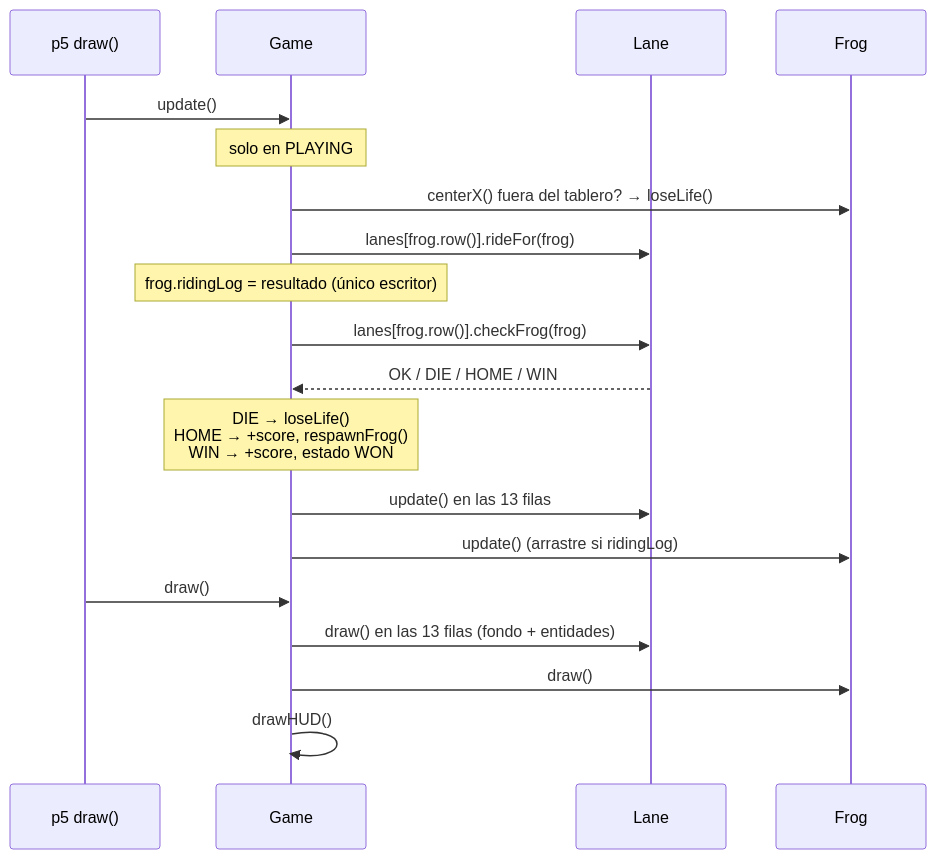
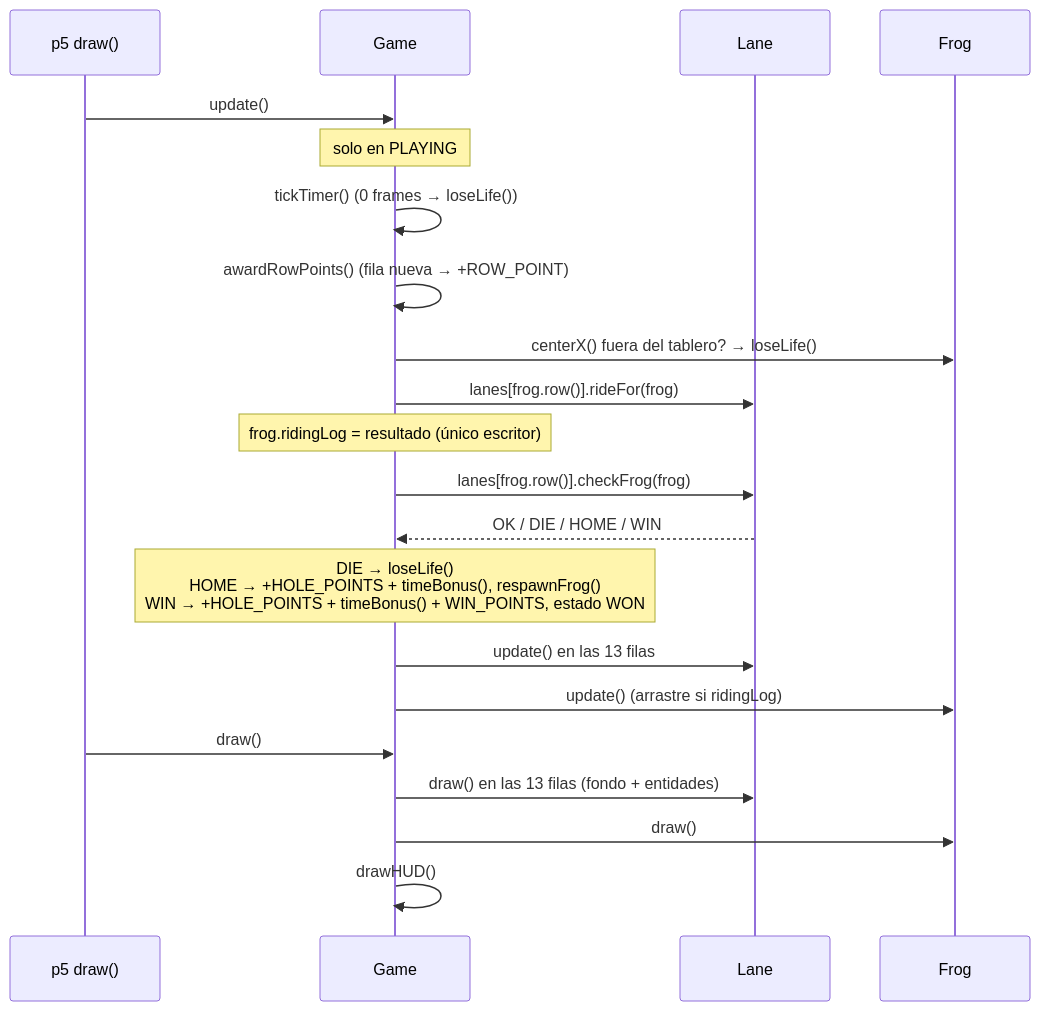
One commit to ShryhakAkizuki/Frogger-Visual_Computing_2026-II changed the third of 3 diagrams in docs/ARQUITECTURA.md. Above: the diagram before and after it, drawn with Mermaid. The commit also changed other lines of this file and 3 other files, not shown here.

Commit message:
Life timer, Scoring rules and Extra Life

````diff
--- a/docs/ARQUITECTURA.md
+++ b/docs/ARQUITECTURA.md
@@ -245,23 +251,25 @@
 ```mermaid
 sequenceDiagram
     participant P5 as p5 draw()
     participant G as Game
     participant L as Lane
     participant F as Frog
 
     P5->>G: update()
     Note over G: solo en PLAYING
+    G->>G: tickTimer() (0 frames → loseLife())
+    G->>G: awardRowPoints() (fila nueva → +ROW_POINT)
     G->>F: centerX() fuera del tablero? → loseLife()
     G->>L: lanes[frog.row()].rideFor(frog)
     Note over G: frog.ridingLog = resultado (único escritor)
     G->>L: lanes[frog.row()].checkFrog(frog)
     L-->>G: OK / DIE / HOME / WIN
-    Note over G: DIE → loseLife()<br/>HOME → +score, respawnFrog()<br/>WIN → +score, estado WON
+    Note over G: DIE → loseLife()<br/>HOME → +HOLE_POINTS + timeBonus(), respawnFrog()<br/>WIN → +HOLE_POINTS + timeBonus() + WIN_POINTS, estado WON
     G->>L: update() en las 13 filas
     G->>F: update() (arrastre si ridingLog)
 
     P5->>G: draw()
     G->>L: draw() en las 13 filas (fondo + entidades)
     G->>F: draw()
     G->>G: drawHUD()
 ```
````
